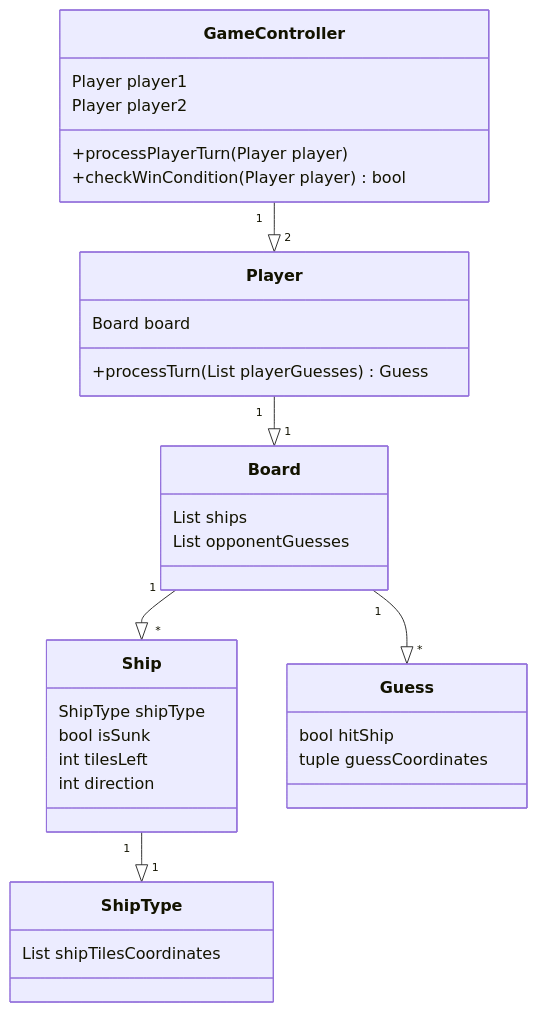
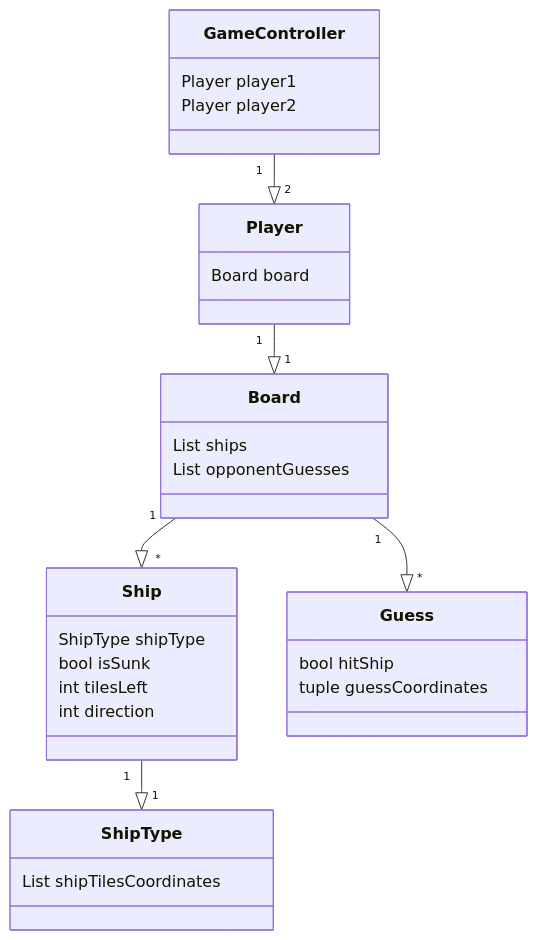
One commit to BlueShiftButterfly/Ohjelmistotekniikka changed the diagram in laivanupotuspeli/dokumentaatio/arkkitehtuuri.md. Above: the diagram before and after it, drawn with Mermaid.

Commit message:
Removed functions

````diff
--- a/laivanupotuspeli/dokumentaatio/arkkitehtuuri.md
+++ b/laivanupotuspeli/dokumentaatio/arkkitehtuuri.md
@@ -5,38 +5,34 @@
 ```mermaid
  classDiagram
 
     Player "1" --|> "1" Board
     Board "1" --|> "*" Ship
     Board "1" --|> "*" Guess
     GameController "1" --|> "2" Player
     Ship "1" --|> "1" ShipType
 
     class Guess{
         bool hitShip
         tuple guessCoordinates
     }
     class Player{
         Board board
-        +processTurn(List<Guess> playerGuesses) Guess
     }
     class Ship{
         ShipType shipType
         bool isSunk
         int tilesLeft
         int direction
     }
     class Board{
         List<Ship> ships
         List<Guess> opponentGuesses
     }
     class GameController {
         Player player1        
         Player player2
-
-        +processPlayerTurn(Player player)
-        +checkWinCondition(Player player) bool
     }
     class ShipType{
         List<tuple> shipTilesCoordinates
     }
 ```
````
